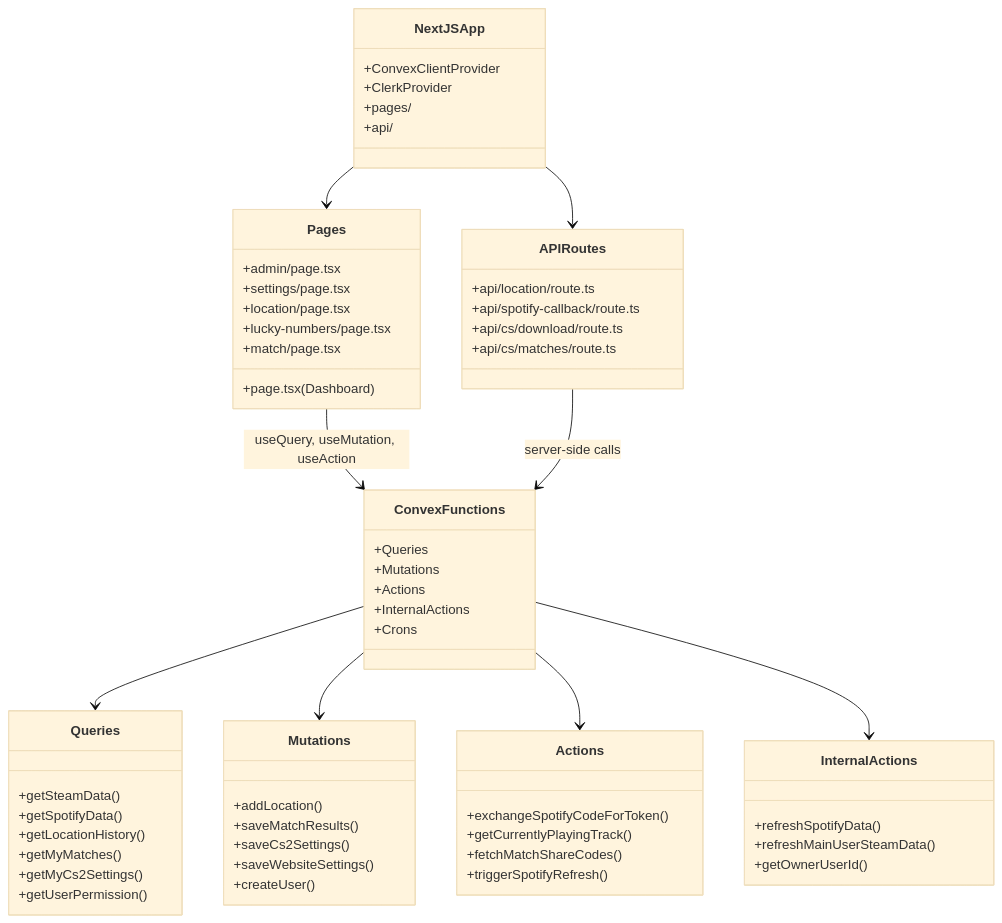
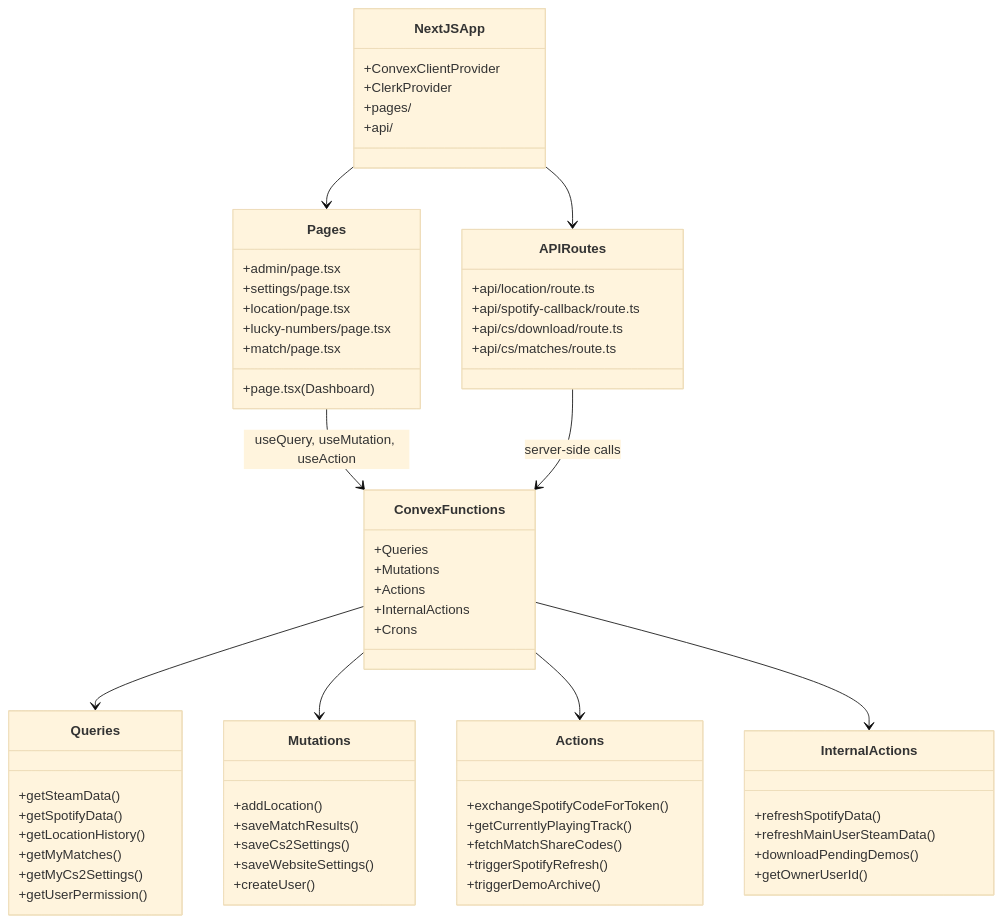
One commit to CarlosBueno99/bueno changed diagram 21 of 25 in README.md. Above: the diagram before and after it, drawn with Mermaid (base theme). The commit also changed other lines of this file and 11 other files, not shown here.

````diff
--- a/README.md
+++ b/README.md
@@ -1087,72 +1093,74 @@
 ```mermaid
 classDiagram
     class NextJSApp {
         +ConvexClientProvider
         +ClerkProvider
         +pages/
         +api/
     }
 
     class Pages {
         +page.tsx (Dashboard)
         +admin/page.tsx
         +settings/page.tsx
         +location/page.tsx
         +lucky-numbers/page.tsx
         +match/page.tsx
     }
 
     class APIRoutes {
         +api/location/route.ts
         +api/spotify-callback/route.ts
         +api/cs/download/route.ts
         +api/cs/matches/route.ts
     }
 
     class ConvexFunctions {
         +Queries
         +Mutations
         +Actions
         +InternalActions
         +Crons
     }
 
     class Queries {
         +getSteamData()
         +getSpotifyData()
         +getLocationHistory()
         +getMyMatches()
         +getMyCs2Settings()
         +getUserPermission()
     }
 
     class Mutations {
         +addLocation()
         +saveMatchResults()
         +saveCs2Settings()
         +saveWebsiteSettings()
         +createUser()
     }
 
     class Actions {
         +exchangeSpotifyCodeForToken()
         +getCurrentlyPlayingTrack()
         +fetchMatchShareCodes()
         +triggerSpotifyRefresh()
+        +triggerDemoArchive()
     }
 
     class InternalActions {
         +refreshSpotifyData()
         +refreshMainUserSteamData()
+        +downloadPendingDemos()
         +getOwnerUserId()
     }
 
     NextJSApp --> Pages
     NextJSApp --> APIRoutes
     Pages --> ConvexFunctions : useQuery, useMutation, useAction
     APIRoutes --> ConvexFunctions : server-side calls
     ConvexFunctions --> Queries
     ConvexFunctions --> Mutations
     ConvexFunctions --> Actions
     ConvexFunctions --> InternalActions
 ```
````
